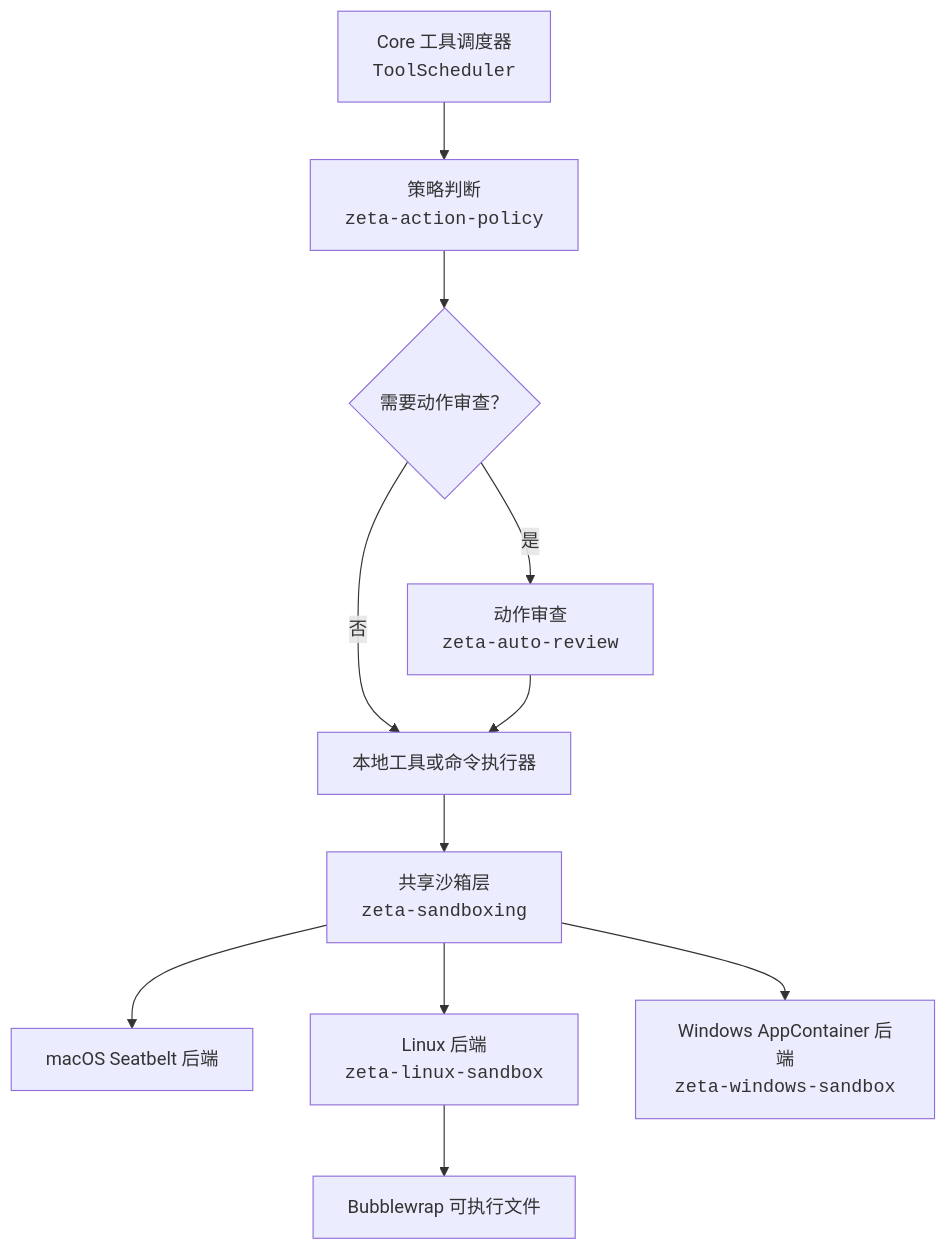
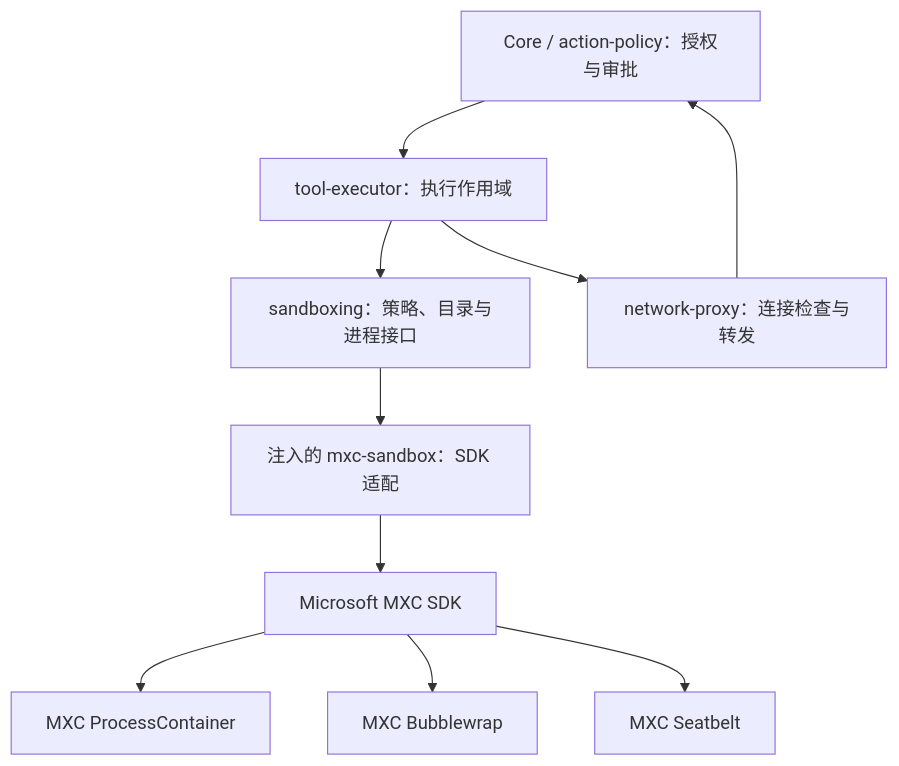
The diagram in docs/sandboxing.md (chogng/zeta), drawn with Mermaid before and after one commit. The commit also changed other lines of this file and 247 other files, not shown here.

Commit message:
Refactor project architecture

````diff
--- a/docs/sandboxing.md
+++ b/docs/sandboxing.md
@@ -23,13 +7,12 @@
 ```mermaid
 flowchart TD
-    scheduler["Core 工具调度器<br/><code>ToolScheduler</code>"] --> policy["策略判断<br/><code>zeta-action-policy</code>"]
-    policy --> review{"需要动作审查？"}
-    review -- "是" --> autoReview["动作审查<br/><code>zeta-auto-review</code>"]
-    review -- "否" --> executor["本地工具或命令执行器"]
-    autoReview --> executor
-    executor --> sandboxing["共享沙箱层<br/><code>zeta-sandboxing</code>"]
-    sandboxing --> macos["macOS Seatbelt 后端"]
-    sandboxing --> linux["Linux 后端<br/><code>zeta-linux-sandbox</code>"]
-    linux --> bwrap["Bubblewrap 可执行文件"]
-    sandboxing --> windows["Windows AppContainer 后端<br/><code>zeta-windows-sandbox</code>"]
+    core["Core / action-policy：授权与审批"] --> executor["tool-executor：执行作用域"]
+    executor --> contract["sandboxing：策略、目录与进程接口"]
+    contract --> adapter["注入的 mxc-sandbox：SDK 适配"]
+    adapter --> sdk["Microsoft MXC SDK"]
+    sdk --> windows["MXC ProcessContainer"]
+    sdk --> linux["MXC Bubblewrap"]
+    sdk --> macos["MXC Seatbelt"]
+    executor --> proxy["network-proxy：连接检查与转发"]
+    proxy --> core
 ```
````
